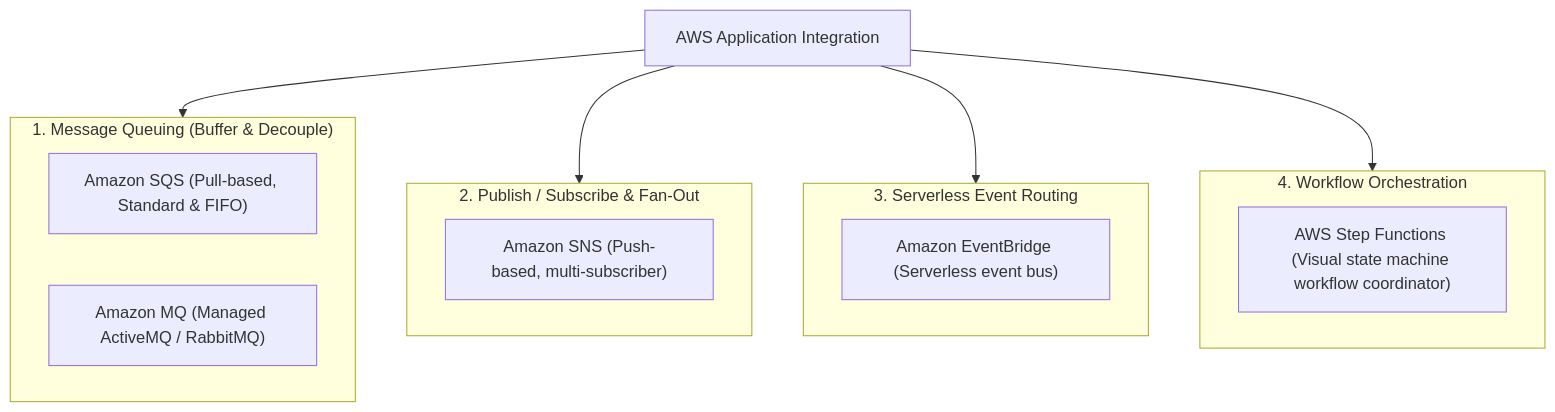
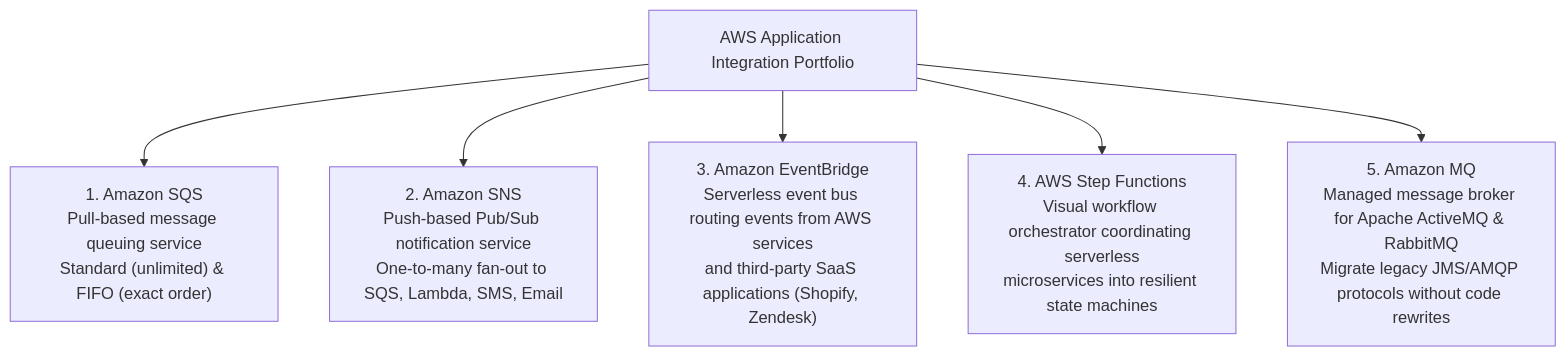
One commit to fakhruldeen/AWS changed the second of 3 diagrams in Cloud/Practitioner/CLF-C02/06_Explanations/03_Technology_and_Services/Application_Integration_and_DevOps.md. Above: the diagram before and after it, drawn with Mermaid. The commit also changed other lines of this file and 18 other files, not shown here.

````diff
--- a/Cloud/Practitioner/CLF-C02/06_Explanations/03_Technology_and_Services/Application_Integration_and_DevOps.md
+++ b/Cloud/Practitioner/CLF-C02/06_Explanations/03_Technology_and_Services/Application_Integration_and_DevOps.md
@@ -23,26 +72,14 @@
 ```mermaid
-flowchart TD
-    Integration["AWS Application Integration"]
+graph TD
+    Integration["AWS Application Integration Portfolio"]
     
-    subgraph Queues["1. Message Queuing (Buffer & Decouple)"]
-        SQS["Amazon SQS (Pull-based, Standard & FIFO)"]
-        MQ["Amazon MQ (Managed ActiveMQ / RabbitMQ)"]
-    end
+    Integration --> SQS["1. Amazon SQS<br/>Pull-based message queuing service<br/>Standard (unlimited) & FIFO (exact order)"]
     
-    subgraph PubSub["2. Publish / Subscribe & Fan-Out"]
-        SNS["Amazon SNS (Push-based, multi-subscriber)"]
-    end
+    Integration --> SNS["2. Amazon SNS<br/>Push-based Pub/Sub notification service<br/>One-to-many fan-out to SQS, Lambda, SMS, Email"]
     
-    subgraph EventDriven["3. Serverless Event Routing"]
-        EB["Amazon EventBridge (Serverless event bus)"]
-    end
+    Integration --> EB["3. Amazon EventBridge<br/>Serverless event bus routing events from AWS services<br/>and third-party SaaS applications (Shopify, Zendesk)"]
     
-    subgraph Orchestration["4. Workflow Orchestration"]
-        Step["AWS Step Functions (Visual state machine workflow coordinator)"]
-    end
+    Integration --> Step["4. AWS Step Functions<br/>Visual workflow orchestrator coordinating serverless<br/>microservices into resilient state machines"]
     
-    Integration --> Queues
-    Integration --> PubSub
-    Integration --> EventDriven
-    Integration --> Orchestration
+    Integration --> MQ["5. Amazon MQ<br/>Managed message broker for Apache ActiveMQ & RabbitMQ<br/>Migrate legacy JMS/AMQP protocols without code rewrites"]
 ```
````
